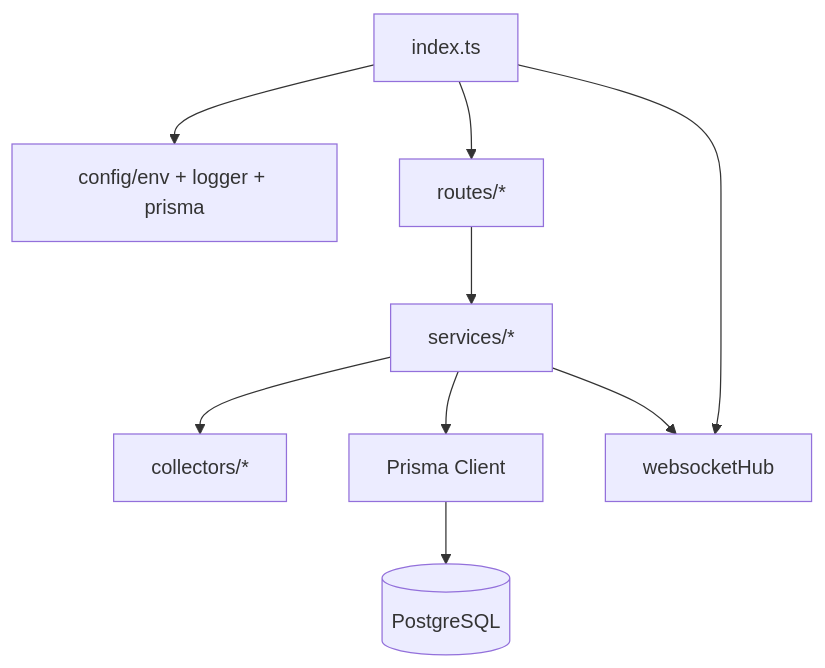
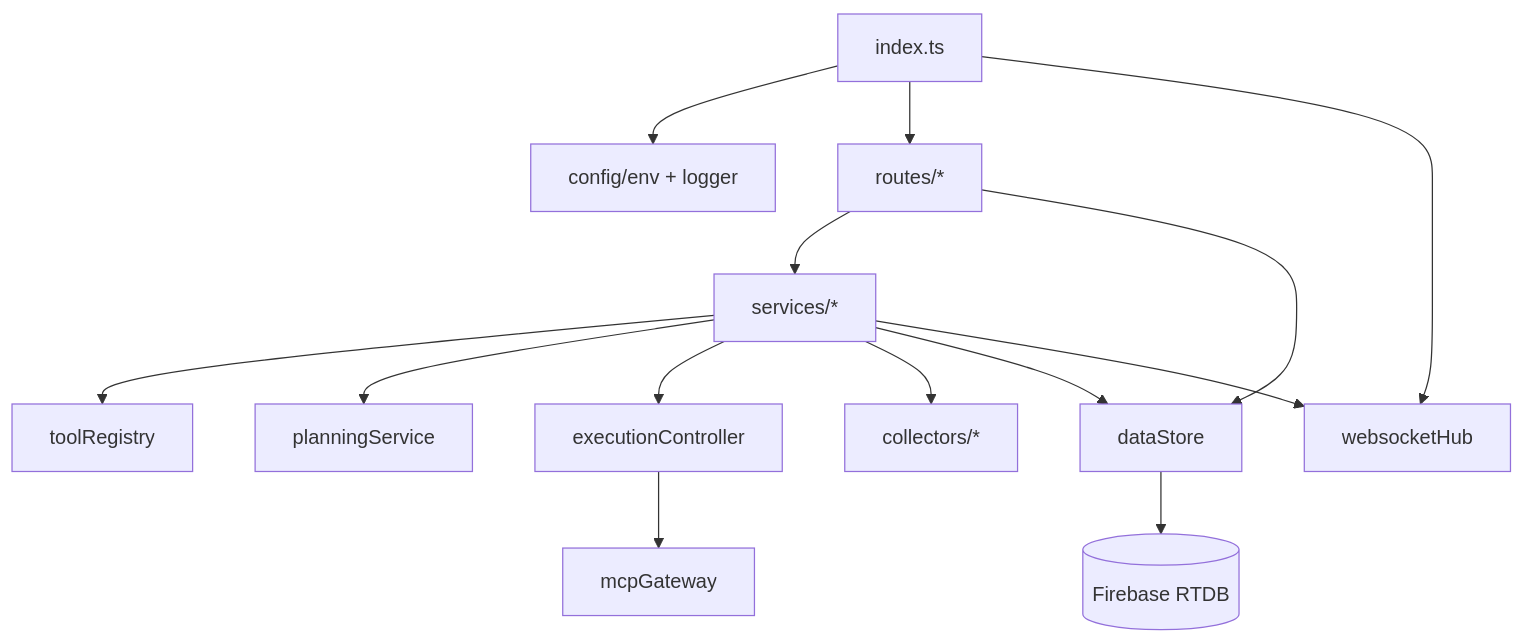
Before and after one commit to mr-simab/ReconVault: the second of 6 diagrams in docs/BLUEPRINT.md, drawn with Mermaid. The commit also changed other lines of this file and 75 other files, not shown here.

````diff
--- a/docs/BLUEPRINT.md
+++ b/docs/BLUEPRINT.md
@@ -18,20 +22,29 @@
 ```mermaid
 flowchart TB
     IDX[index.ts]
     RT[routes/*]
     SV[services/*]
     COL[collectors/*]
-    CFG[config/env + logger + prisma]
-    PR[Prisma Client]
-    DB[(PostgreSQL)]
+    REG[toolRegistry]
+    PLAN[planningService]
+    EXEC[executionController]
+    MCP[mcpGateway]
+    CFG[config/env + logger]
+    DS[dataStore]
+    DB[(Firebase RTDB)]
     WS[websocketHub]
 
     IDX --> CFG
     IDX --> RT
     IDX --> WS
     RT --> SV
+    RT --> DS
+    SV --> REG
+    SV --> PLAN
+    SV --> EXEC
+    EXEC --> MCP
     SV --> COL
-    SV --> PR
-    PR --> DB
+    SV --> DS
+    DS --> DB
     SV --> WS
 ```
````
